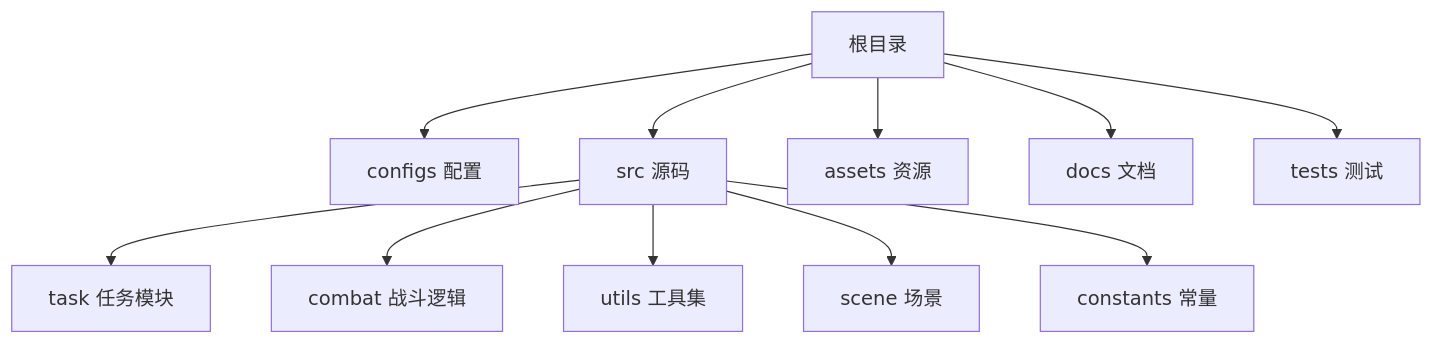
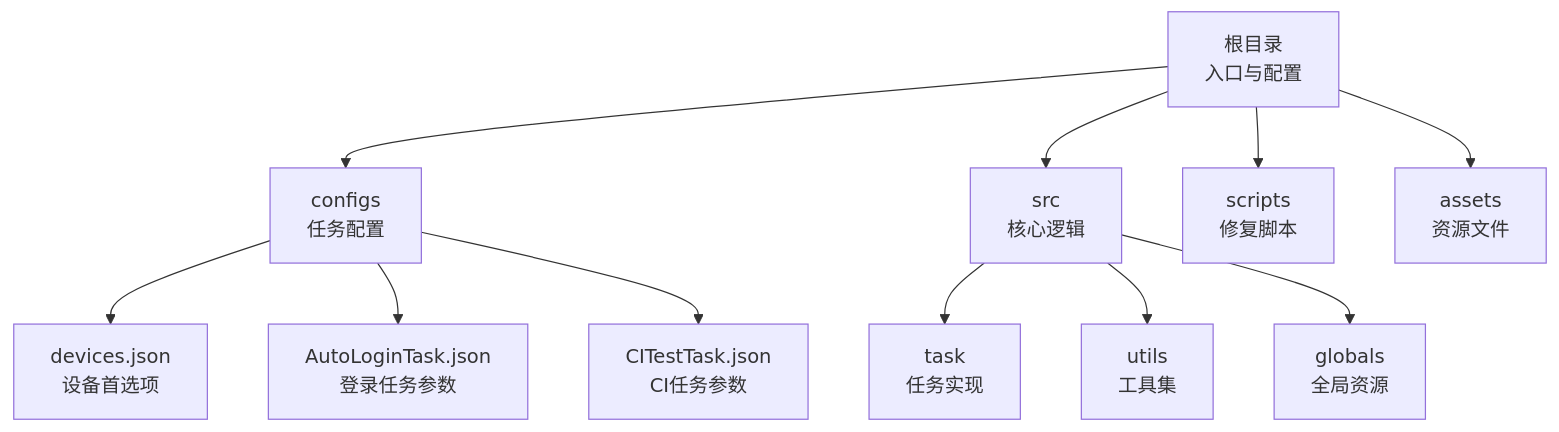
The first of 5 diagrams in .qoder/repowiki/zh/content/快速开始.md (xsy098-max/ok-jump), drawn with Mermaid before and after one commit. The commit also changed other lines of this file and 216 other files, not shown here.

````diff
--- a/.qoder/repowiki/zh/content/快速开始.md
+++ b/.qoder/repowiki/zh/content/快速开始.md
@@ -51,13 +43,13 @@
 ```mermaid
 graph TB
-A["根目录"] --> B["configs 配置"]
-A --> C["src 源码"]
-A --> D["assets 资源"]
-A --> E["docs 文档"]
-A --> F["tests 测试"]
-C --> C1["task 任务模块"]
-C --> C2["combat 战斗逻辑"]
-C --> C3["utils 工具集"]
-C --> C4["scene 场景"]
-C --> C5["constants 常量"]
+A["根目录<br/>入口与配置"] --> B["configs<br/>任务配置"]
+A --> C["src<br/>核心逻辑"]
+A --> D["scripts<br/>修复脚本"]
+A --> E["assets<br/>资源文件"]
+C --> C1["task<br/>任务实现"]
+C --> C2["utils<br/>工具集"]
+C --> C3["globals<br/>全局资源"]
+B --> B1["devices.json<br/>设备首选项"]
+B --> B2["AutoLoginTask.json<br/>登录任务参数"]
+B --> B3["CITestTask.json<br/>CI任务参数"]
 ```
````
